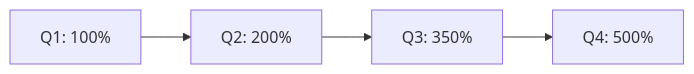
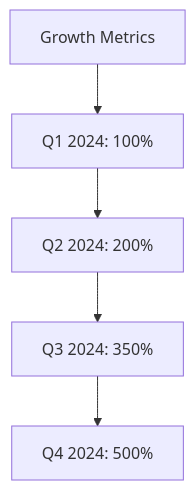
Before and after one commit to MEMEFANS/memefans: the sixth of 13 diagrams in docs/whitepaper/market-analysis.md, drawn with Mermaid.

Commit message:
fix: simplify growth metrics chart with basic TB layout

````diff
--- a/docs/whitepaper/market-analysis.md
+++ b/docs/whitepaper/market-analysis.md
@@ -220,6 +220,13 @@
 ```mermaid
-graph LR
-    Q1[Q1: 100%] --> Q2[Q2: 200%]
-    Q2 --> Q3[Q3: 350%]
-    Q3 --> Q4[Q4: 500%]
+graph TB
+    Title[Growth Metrics]
+    Q1[Q1 2024: 100%]
+    Q2[Q2 2024: 200%]
+    Q3[Q3 2024: 350%]
+    Q4[Q4 2024: 500%]
+    
+    Title --> Q1
+    Q1 --> Q2
+    Q2 --> Q3
+    Q3 --> Q4
 ```
````
